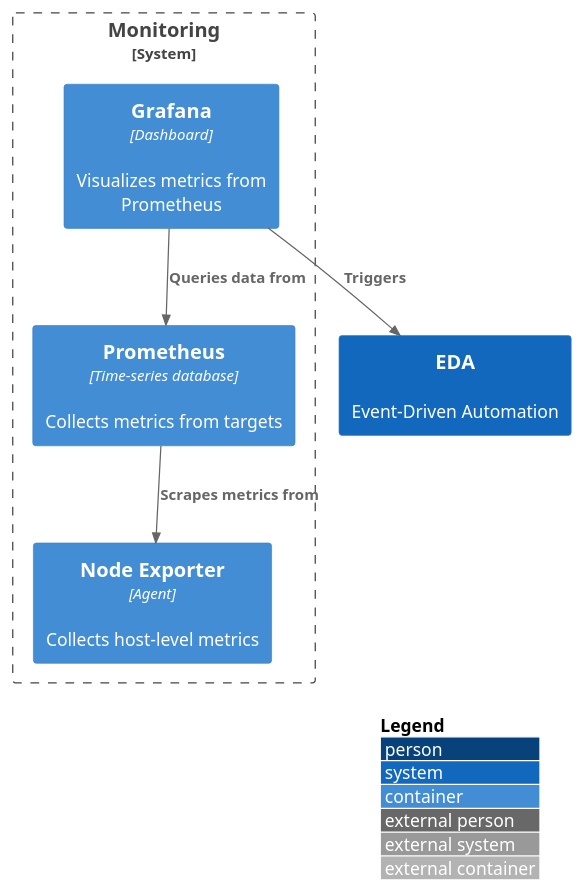
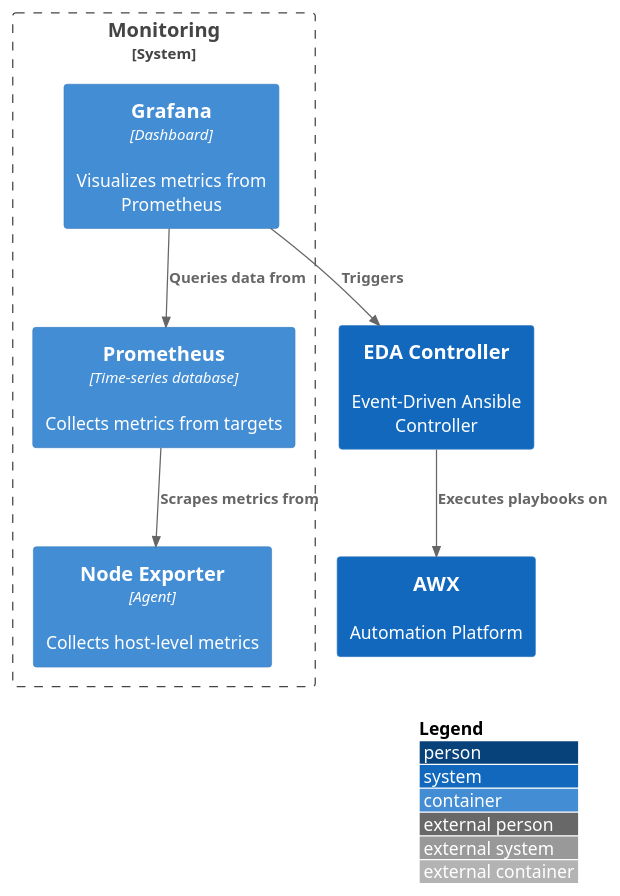
Before and after one commit to mansunkuo/hello-world-2025: the second of 3 diagrams in README.md, drawn with PlantUML. The commit also changed other lines of this file and 2 other files, not shown here.

````diff
--- a/README.md
+++ b/README.md
@@ -43,21 +42,23 @@
 ```plantuml
 @startuml
 !include https://raw.githubusercontent.com/plantuml-stdlib/C4-PlantUML/master/C4_Container.puml
 
 LAYOUT_WITH_LEGEND()
 
 ' Define the systems
 System_Boundary(monitoring, "Monitoring"){
     Container(prometheus, "Prometheus", "Time-series database", "Collects metrics from targets")
     Container(grafana, "Grafana", "Dashboard", "Visualizes metrics from Prometheus")
     Container(node_exporter, "Node Exporter", "Agent", "Collects host-level metrics")    
 }
-System(eda, "EDA", "Event-Driven Automation")
+System(awx, "AWX", "Automation Platform")
+System(eda, "EDA Controller", "Event-Driven Ansible Controller")
 
 ' Define relationships
+Rel(eda, awx, "Executes playbooks on")
 Rel(prometheus, node_exporter, "Scrapes metrics from")
 Rel(grafana, prometheus, "Queries data from")
 Rel(grafana, eda, "Triggers")
 
 @enduml
 ```
````
